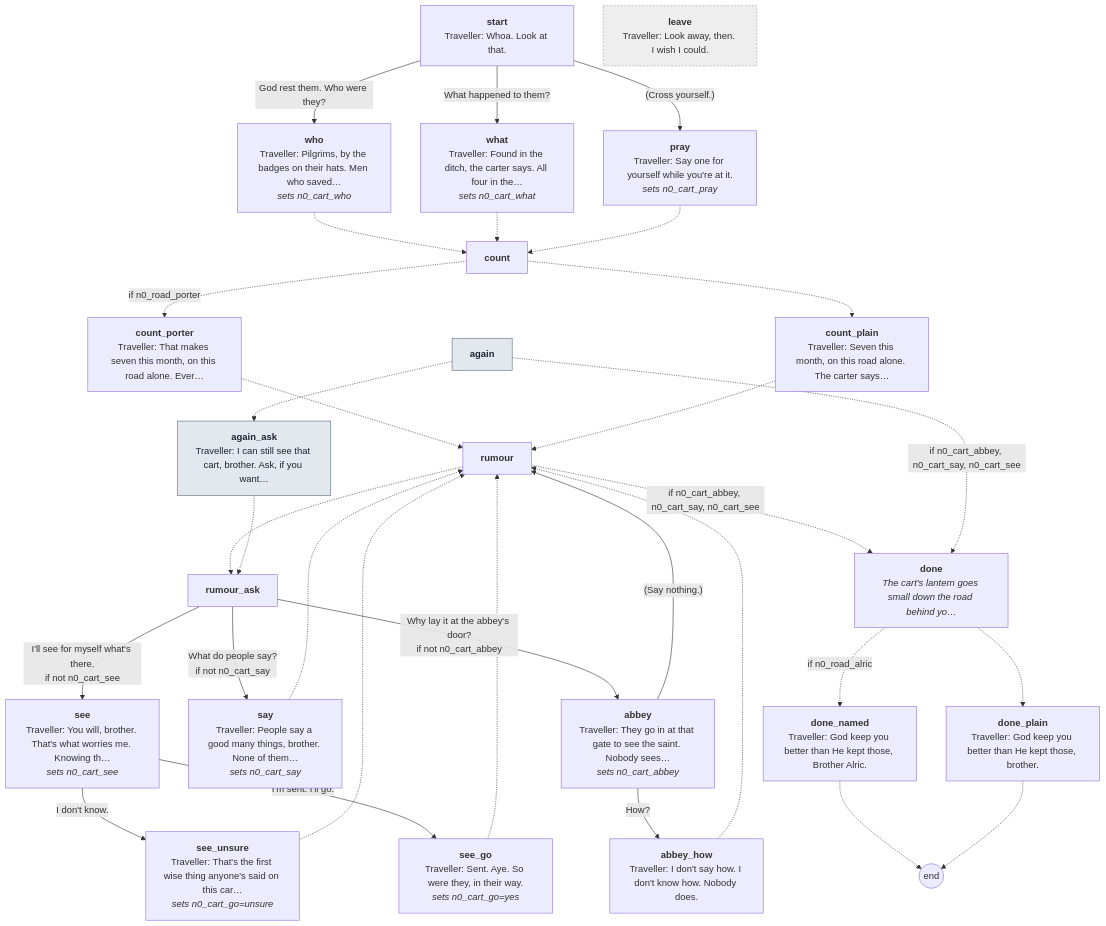
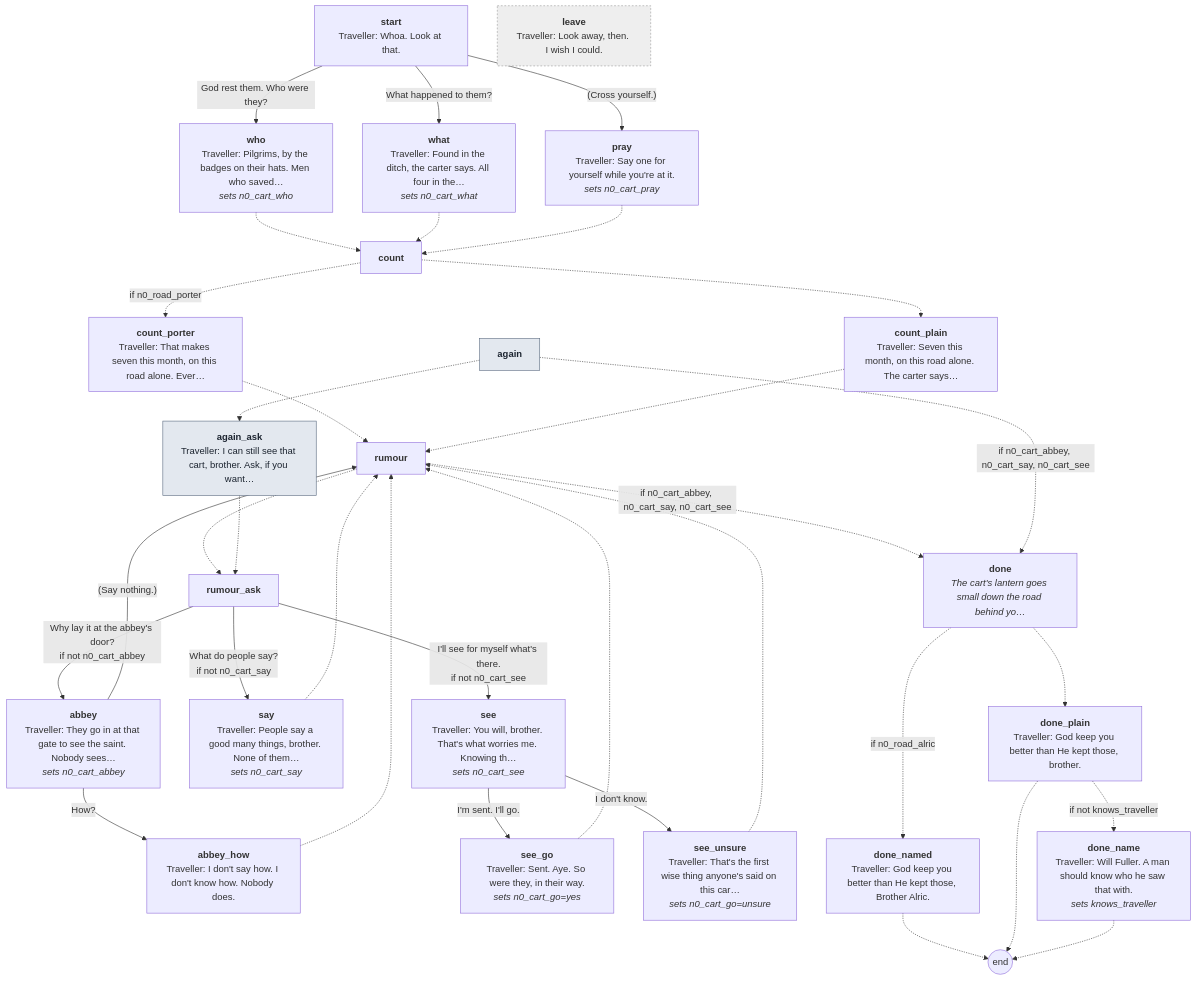
One commit to toastynaan/the-porter changed diagram 16 of 19 in docs/script/night0.md. Above: the diagram before and after it, drawn with Mermaid. The commit also changed other lines of this file and 19 other files, not shown here.

````diff
--- a/docs/script/night0.md
+++ b/docs/script/night0.md
@@ -2904,61 +2929,64 @@
 ```mermaid
 flowchart TD
   p_start["<b>start</b><br/>Traveller: Whoa. Look at that."]
   p_who["<b>who</b><br/>Traveller: Pilgrims, by the badges on their hats. Men who saved…<br/><i>sets n0_cart_who</i>"]
   p_what["<b>what</b><br/>Traveller: Found in the ditch, the carter says. All four in the…<br/><i>sets n0_cart_what</i>"]
   p_pray["<b>pray</b><br/>Traveller: Say one for yourself while you're at it.<br/><i>sets n0_cart_pray</i>"]
   p_count["<b>count</b>"]
   p_count_porter["<b>count_porter</b><br/>Traveller: That makes seven this month, on this road alone. Ever…"]
   p_count_plain["<b>count_plain</b><br/>Traveller: Seven this month, on this road alone. The carter says…"]
   p_rumour["<b>rumour</b>"]
   p_rumour_ask["<b>rumour_ask</b>"]
   p_abbey["<b>abbey</b><br/>Traveller: They go in at that gate to see the saint. Nobody sees…<br/><i>sets n0_cart_abbey</i>"]
   p_abbey_how["<b>abbey_how</b><br/>Traveller: I don't say how. I don't know how. Nobody does."]
   p_say["<b>say</b><br/>Traveller: People say a good many things, brother. None of them…<br/><i>sets n0_cart_say</i>"]
   p_see["<b>see</b><br/>Traveller: You will, brother. That's what worries me. Knowing th…<br/><i>sets n0_cart_see</i>"]
   p_see_go["<b>see_go</b><br/>Traveller: Sent. Aye. So were they, in their way.<br/><i>sets n0_cart_go=yes</i>"]
   p_see_unsure["<b>see_unsure</b><br/>Traveller: That's the first wise thing anyone's said on this car…<br/><i>sets n0_cart_go=unsure</i>"]
   p_done["<b>done</b><br/><i>The cart's lantern goes small down the road behind yo…</i>"]
   p_done_named["<b>done_named</b><br/>Traveller: God keep you better than He kept those, Brother Alric."]
   p_done_plain["<b>done_plain</b><br/>Traveller: God keep you better than He kept those, brother."]
+  p_done_name["<b>done_name</b><br/>Traveller: Will Fuller. A man should know who he saw that with.<br/><i>sets knows_traveller</i>"]
   p_again["<b>again</b>"]
   p_again_ask["<b>again_ask</b><br/>Traveller: I can still see that cart, brother. Ask, if you want…"]
   p_leave["<b>leave</b><br/>Traveller: Look away, then. I wish I could."]
   end_((end))
   p_start -->|"God rest them. Who were they?"| p_who
   p_start -->|"What happened to them?"| p_what
   p_start -->|"(Cross yourself.)"| p_pray
   p_who -.-> p_count
   p_what -.-> p_count
   p_pray -.-> p_count
   p_count -.->|"if n0_road_porter"| p_count_porter
   p_count -.-> p_count_plain
   p_count_porter -.-> p_rumour
   p_count_plain -.-> p_rumour
   p_rumour -.->|"if n0_cart_abbey, n0_cart_say, n0_cart_see"| p_done
   p_rumour -.-> p_rumour_ask
   p_rumour_ask -->|"Why lay it at the abbey's door?<br/>if not n0_cart_abbey"| p_abbey
   p_rumour_ask -->|"What do people say?<br/>if not n0_cart_say"| p_say
   p_rumour_ask -->|"I'll see for myself what's there.<br/>if not n0_cart_see"| p_see
   p_abbey -->|"How?"| p_abbey_how
   p_abbey -->|"(Say nothing.)"| p_rumour
   p_abbey_how -.-> p_rumour
   p_say -.-> p_rumour
   p_see -->|"I'm sent. I'll go."| p_see_go
   p_see -->|"I don't know."| p_see_unsure
   p_see_go -.-> p_rumour
   p_see_unsure -.-> p_rumour
   p_done -.->|"if n0_road_alric"| p_done_named
   p_done -.-> p_done_plain
   p_done_named -.-> end_
+  p_done_plain -.->|"if not knows_traveller"| p_done_name
   p_done_plain -.-> end_
+  p_done_name -.-> end_
   p_again -.->|"if n0_cart_abbey, n0_cart_say, n0_cart_see"| p_done
   p_again -.-> p_again_ask
   p_again_ask -.-> p_rumour_ask
   classDef claim fill:#f3e3b5,stroke:#9a6b1a,color:#2b2116
   classDef again fill:#e3e8ef,stroke:#5b6b80,color:#1c2430
   classDef leave fill:#eee,stroke:#999,color:#333,stroke-dasharray: 3 3
   class p_again again
   class p_again_ask again
   class p_leave leave
 ```
````
